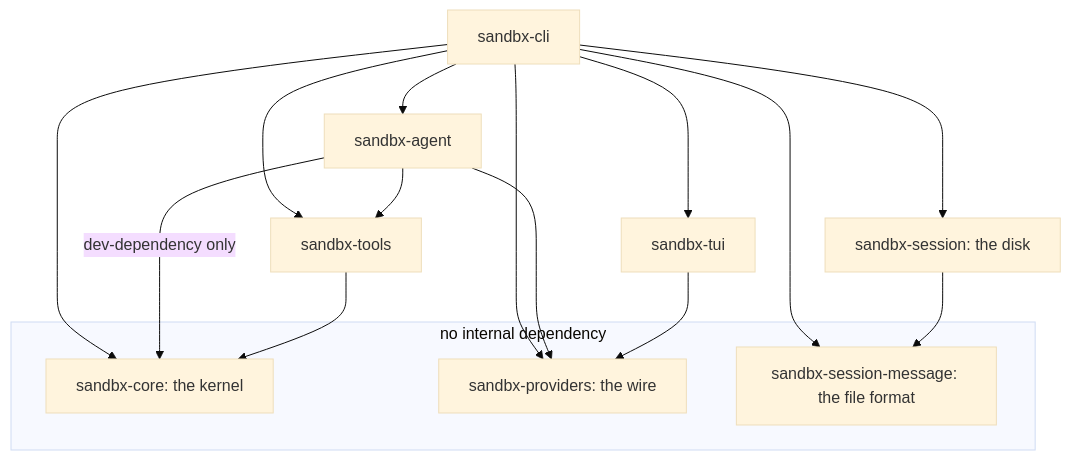
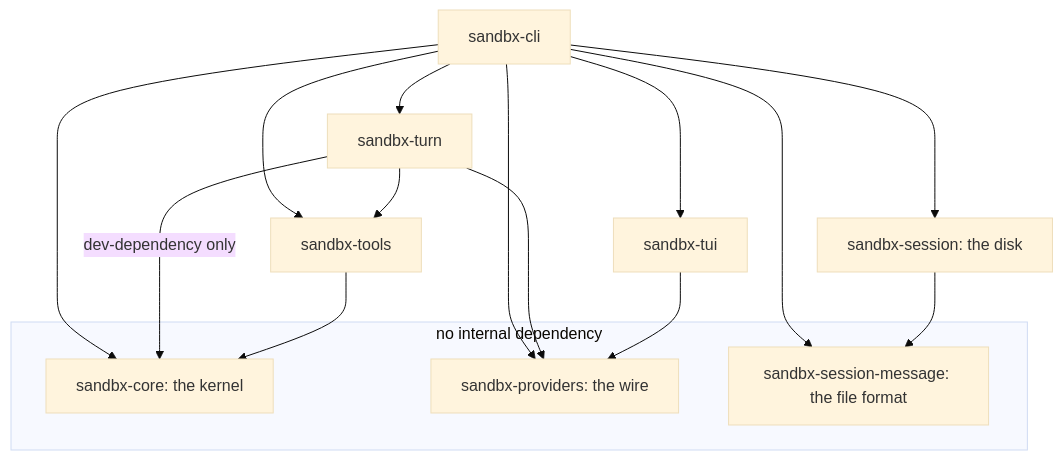
One commit to danczw/sandbx changed the diagram in context/onboarding/05-seven-crates.md. Above: the diagram before and after it, drawn with Mermaid (base theme). The commit also changed other lines of this file, not shown here.

First line of the commit message:
docs(turn): correct 05's renamed row rather than caveat it

````diff
--- a/context/onboarding/05-seven-crates.md
+++ b/context/onboarding/05-seven-crates.md
@@ -30,21 +31,21 @@
 ```mermaid
 flowchart TD
     subgraph leaves["no internal dependency"]
         core["sandbx-core: the kernel"]
         providers["sandbx-providers: the wire"]
         message["sandbx-session-message: the file format"]
     end
-    cli["sandbx-cli"] --> agent["sandbx-agent"]
+    cli["sandbx-cli"] --> turn["sandbx-turn"]
     cli --> tui["sandbx-tui"]
     cli --> session["sandbx-session: the disk"]
     cli --> message
     session --> message
     cli --> providers
     cli --> tools["sandbx-tools"]
     cli --> core
-    agent --> providers
-    agent --> tools
-    agent -->|"dev-dependency only"| core
+    turn --> providers
+    turn --> tools
+    turn -->|"dev-dependency only"| core
     tui --> providers
     tools --> core
 ```
````
